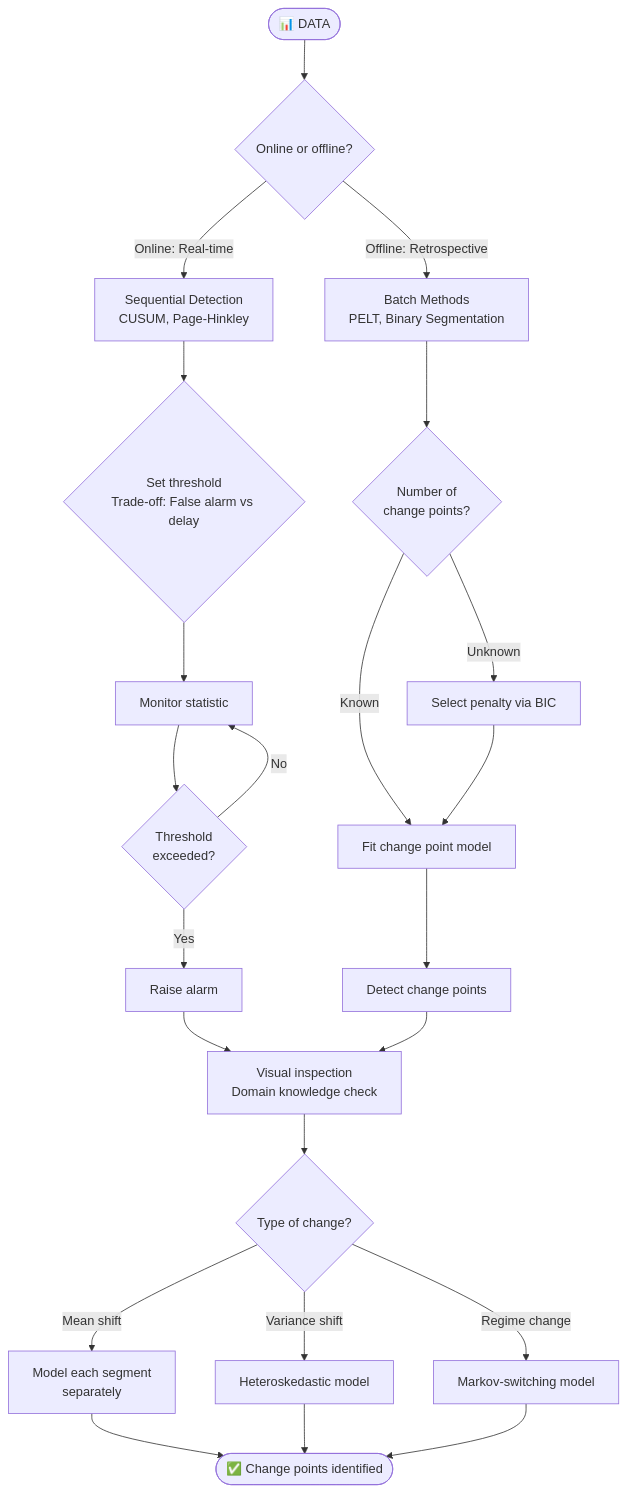
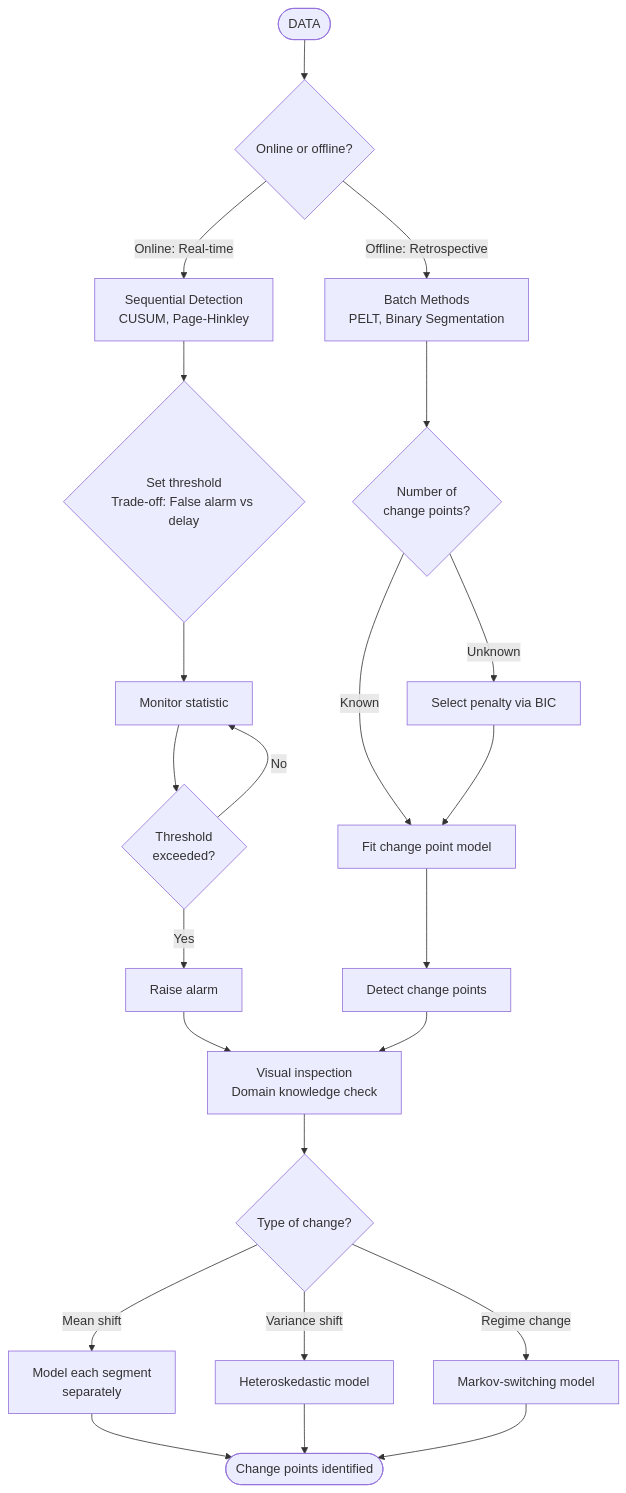
Before and after one commit to Shuxin-Y/time-series-analysis-manual: the fourth of 8 diagrams in docs/01-master-flowchart/02-purpose-workflow.md, drawn with Mermaid. The commit also changed other lines of this file and 3 other files, not shown here.

First line of the commit message:
Enable Mermaid rendering and remove all emojis from flowcharts

````diff
--- a/docs/01-master-flowchart/02-purpose-workflow.md
+++ b/docs/01-master-flowchart/02-purpose-workflow.md
@@ -257,53 +257,53 @@
 ```mermaid
 graph TD
-    START([📊 DATA]) --> MODE
+    START([DATA]) --> MODE
 
     MODE{Online or offline?}
     MODE -->|Online: Real-time| SEQUENTIAL
     MODE -->|Offline: Retrospective| BATCH
 
     SEQUENTIAL[Sequential Detection<br/>CUSUM, Page-Hinkley]
     SEQUENTIAL --> THRESHOLD_SEQ
 
     THRESHOLD_SEQ{Set threshold<br/>Trade-off: False alarm vs delay}
     THRESHOLD_SEQ --> MONITOR
 
     MONITOR[Monitor statistic]
     MONITOR --> DETECT_SEQ{Threshold<br/>exceeded?}
     DETECT_SEQ -->|Yes| ALARM[Raise alarm]
     DETECT_SEQ -->|No| MONITOR
 
     ALARM --> VALIDATE_CHANGE
 
     BATCH[Batch Methods<br/>PELT, Binary Segmentation]
     BATCH --> PENALTY
 
     PENALTY{Number of<br/>change points?}
     PENALTY -->|Known| FIT_MODEL
     PENALTY -->|Unknown| SELECT_PEN[Select penalty via BIC]
 
     SELECT_PEN --> FIT_MODEL
 
     FIT_MODEL[Fit change point model]
     FIT_MODEL --> DETECT_BATCH[Detect change points]
 
     DETECT_BATCH --> VALIDATE_CHANGE
 
     VALIDATE_CHANGE[Visual inspection<br/>Domain knowledge check]
     VALIDATE_CHANGE --> TYPE_CHANGE
 
     TYPE_CHANGE{Type of change?}
     TYPE_CHANGE -->|Mean shift| SEGMENT_MEAN
     TYPE_CHANGE -->|Variance shift| SEGMENT_VAR
     TYPE_CHANGE -->|Regime change| SEGMENT_DIST
 
     SEGMENT_MEAN[Model each segment<br/>separately]
     SEGMENT_VAR[Heteroskedastic model]
     SEGMENT_DIST[Markov-switching model]
 
     SEGMENT_MEAN --> DEPLOY_CPD
     SEGMENT_VAR --> DEPLOY_CPD
     SEGMENT_DIST --> DEPLOY_CPD
 
-    DEPLOY_CPD([✅ Change points identified])
+    DEPLOY_CPD([Change points identified])
 ```
````
